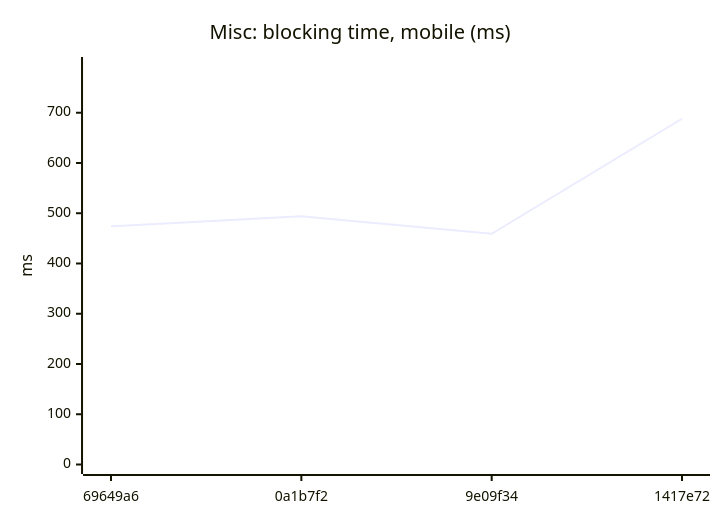
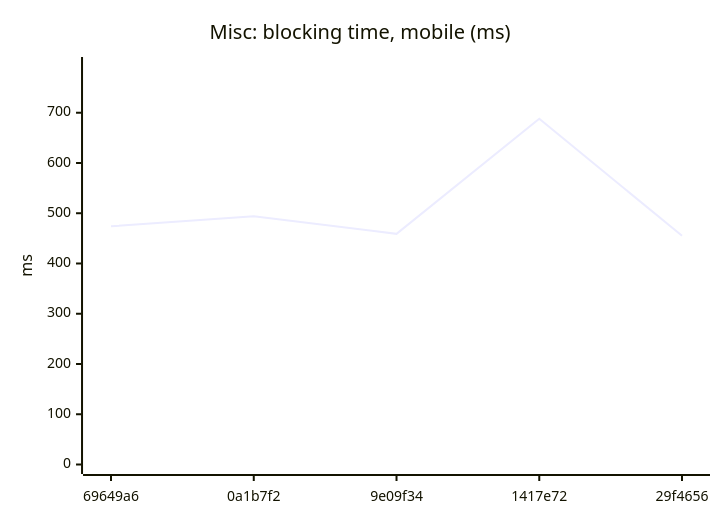
Before and after one commit to AxelUser/maltsev.space: the eighth of 18 diagrams in README.md, drawn with Mermaid. The commit also changed other lines of this file and 1 other file, not shown here.

````diff
--- a/README.md
+++ b/README.md
@@ -97,7 +97,7 @@
 ```mermaid
 xychart-beta
   title "Misc: blocking time, mobile (ms)"
-  x-axis ["69649a6", "0a1b7f2", "9e09f34", "1417e72"]
+  x-axis ["69649a6", "0a1b7f2", "9e09f34", "1417e72", "29f4656"]
   y-axis "ms" 0 --> 792
-  line [474, 494, 459, 688]
+  line [474, 494, 459, 688, 455]
 ```
````
